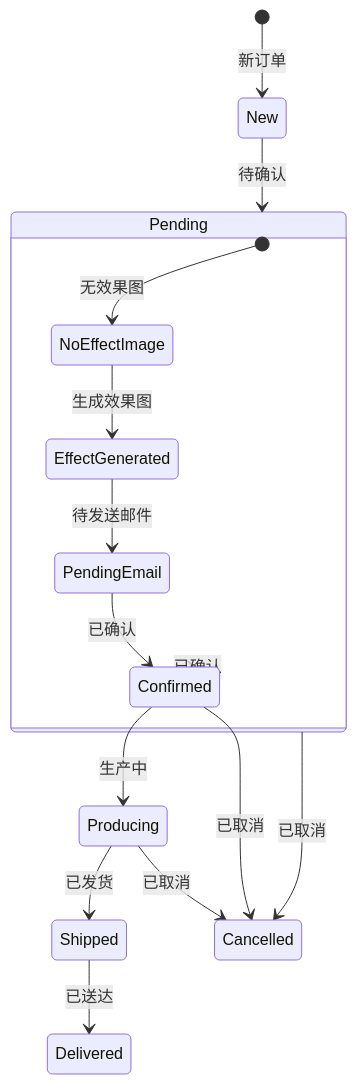
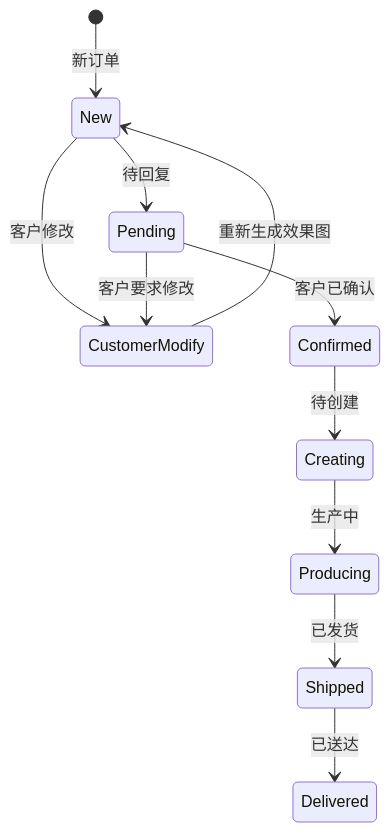
Before and after one commit to SY6621/POD-Order-Management: the tenth of 20 diagrams in .qoder/repowiki/zh/content/开发指南/管理面板功能增强.md, drawn with Mermaid. The commit also changed other lines of this file and 8 other files, not shown here.

````diff
--- a/.qoder/repowiki/zh/content/开发指南/管理面板功能增强.md
+++ b/.qoder/repowiki/zh/content/开发指南/管理面板功能增强.md
@@ -383,18 +469,13 @@
 ```mermaid
 stateDiagram-v2
 [*] --> New : 新订单
-New --> Pending : 待确认
-Pending --> Confirmed : 已确认
-Confirmed --> Producing : 生产中
+New --> CustomerModify : 客户修改
+CustomerModify --> New : 重新生成效果图
+New --> Pending : 待回复
+Pending --> Confirmed : 客户已确认
+Pending --> CustomerModify : 客户要求修改
+Confirmed --> Creating : 待创建
+Creating --> Producing : 生产中
 Producing --> Shipped : 已发货
 Shipped --> Delivered : 已送达
-Pending --> Cancelled : 已取消
-Confirmed --> Cancelled : 已取消
-Producing --> Cancelled : 已取消
-state Pending {
-[*] --> NoEffectImage : 无效果图
-NoEffectImage --> EffectGenerated : 生成效果图
-EffectGenerated --> PendingEmail : 待发送邮件
-PendingEmail --> Confirmed : 已确认
-}
 ```
````
